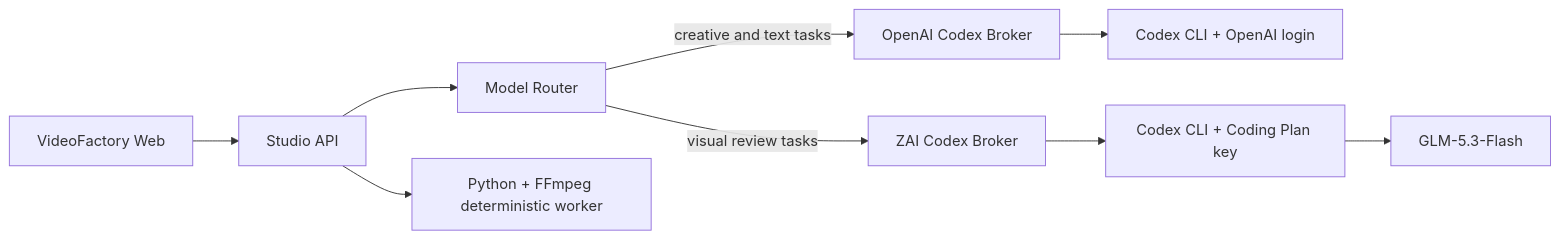
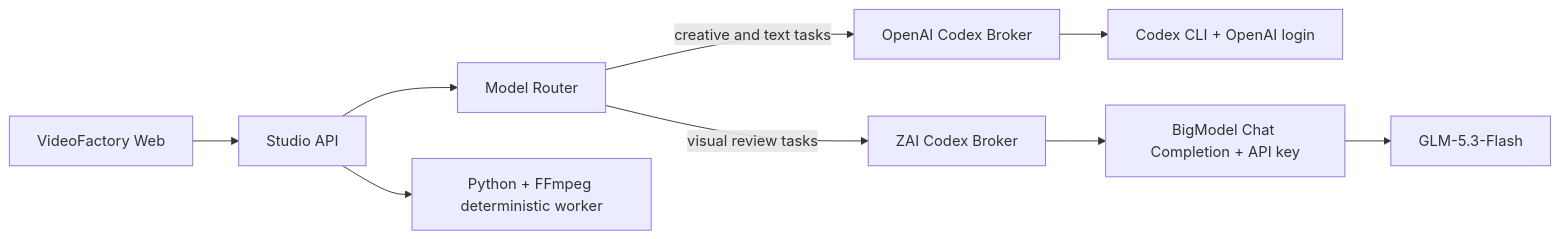
Before and after one commit to yaoziyaoguai/video-factory: the diagram in docs/superpowers/specs/2026-08-27-editable-node-workspaces-and-zai-codex-design.md, drawn with Mermaid. The commit also changed other lines of this file and 34 other files, not shown here.

First line of the commit message:
fix(zai): use compliant metered BigModel API (#10)

````diff
--- a/docs/superpowers/specs/2026-08-27-editable-node-workspaces-and-zai-codex-design.md
+++ b/docs/superpowers/specs/2026-08-27-editable-node-workspaces-and-zai-codex-design.md
@@ -98,11 +98,11 @@
 ```mermaid
 flowchart LR
   UI[VideoFactory Web] --> API[Studio API]
   API --> R[Model Router]
   R -->|creative and text tasks| O[OpenAI Codex Broker]
   R -->|visual review tasks| Z[ZAI Codex Broker]
   O --> OC[Codex CLI + OpenAI login]
-  Z --> ZC[Codex CLI + Coding Plan key]
+  Z --> ZC[BigModel Chat Completion + API key]
   ZC --> G[GLM-5.3-Flash]
   API --> P[Python + FFmpeg deterministic worker]
 ```
````
